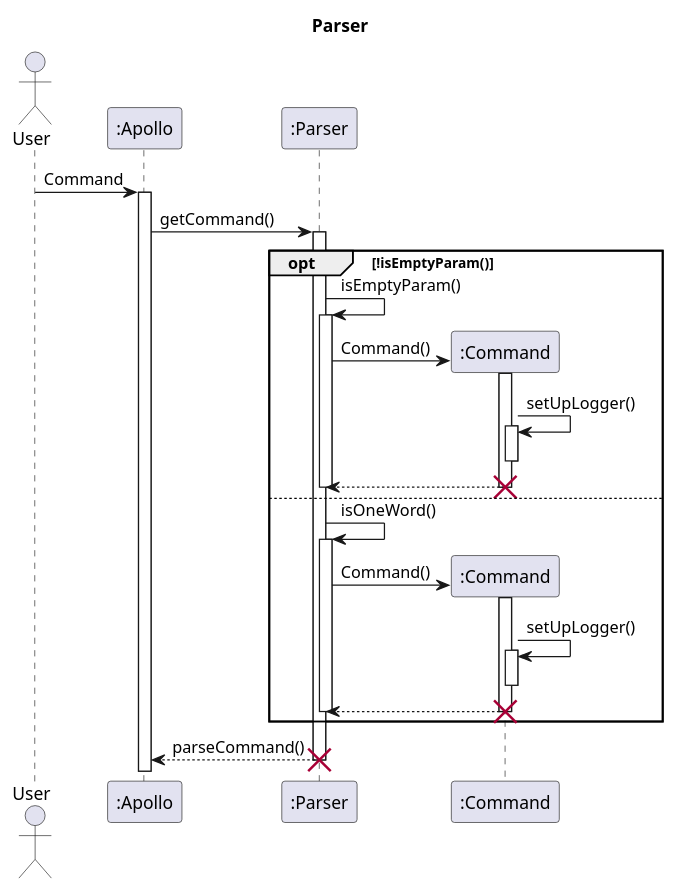
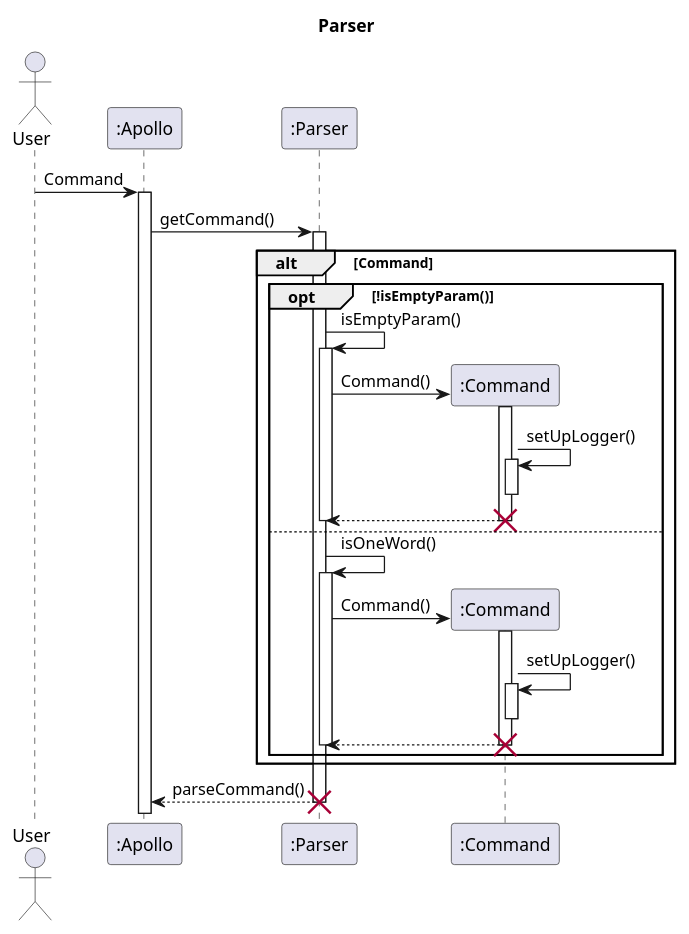
The diagram in docs/uml-source/sequence/Parser_Seq.puml (nus-cs2113-AY2223S2/tp), drawn with PlantUML before and after one commit. The commit also changed 1 other file, not shown here.

```diff
--- a/docs/uml-source/sequence/Parser_Seq.puml
+++ b/docs/uml-source/sequence/Parser_Seq.puml
@@ -1,56 +1,59 @@
 @startuml
 'https://plantuml.com/sequence-diagram
 
 skinparam maxMessageSize 150
 
 title Parser
 
 actor User
 
 participant ":Apollo" as Apollo
 participant ":Parser" as Parser
 participant ":Command" as Command
 
 User -> Apollo : Command
 activate Apollo
 Apollo -> Parser : getCommand()
 activate Parser
+
+alt Command
 
 opt !isEmptyParam()
 Parser -> Parser : isEmptyParam()
 activate Parser
 Parser -> Command** : Command()
 activate Command
 Command -> Command : setUpLogger()
 activate Command
 deactivate Command
 
 Command --> Parser
 deactivate Command
 destroy Command
 
 deactivate Parser
 
 else
 
 Parser -> Parser : isOneWord()
 activate Parser
 Parser -> Command** : Command()
 activate Command
 Command -> Command : setUpLogger()
 activate Command
 deactivate Command
 Command --> Parser
 deactivate Command
 destroy Command
 
 deactivate Parser
 
 end
 
+end
 Parser --> Apollo : parseCommand()
 deactivate Parser
 destroy Parser
 
 
 @enduml
```
